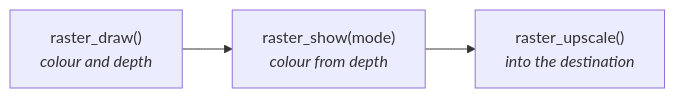
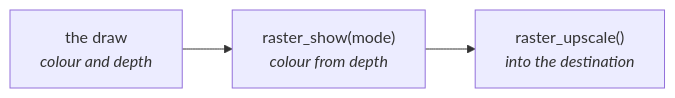
Before and after one commit to jose-villegas/autana: the third of 3 diagrams in docs/render/Mesh-Rendering.md, drawn with Mermaid. The commit also changed other lines of this file and 5 other files, not shown here.

Commit message:
render: review round 2 - the census list's reach stated on an upscaled raster only; test comments claim what they check

````diff
--- a/docs/render/Mesh-Rendering.md
+++ b/docs/render/Mesh-Rendering.md
@@ -177,5 +177,5 @@
 ```mermaid
 flowchart LR
-    Render["raster_draw()<br/><i>colour and depth</i>"] --> Show
+    Render["the draw<br/><i>colour and depth</i>"] --> Show
     Show["raster_show(mode)<br/><i>colour from depth</i>"] --> Upscale["raster_upscale()<br/><i>into the destination</i>"]
 ```
````
